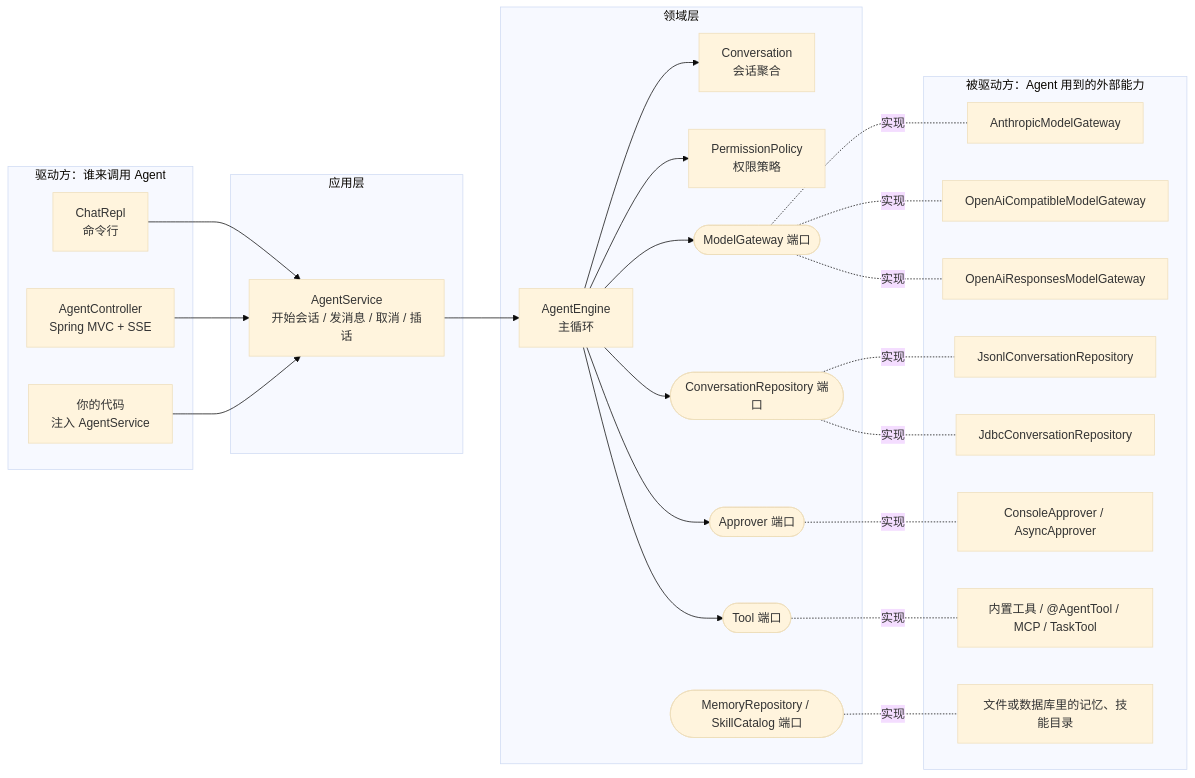
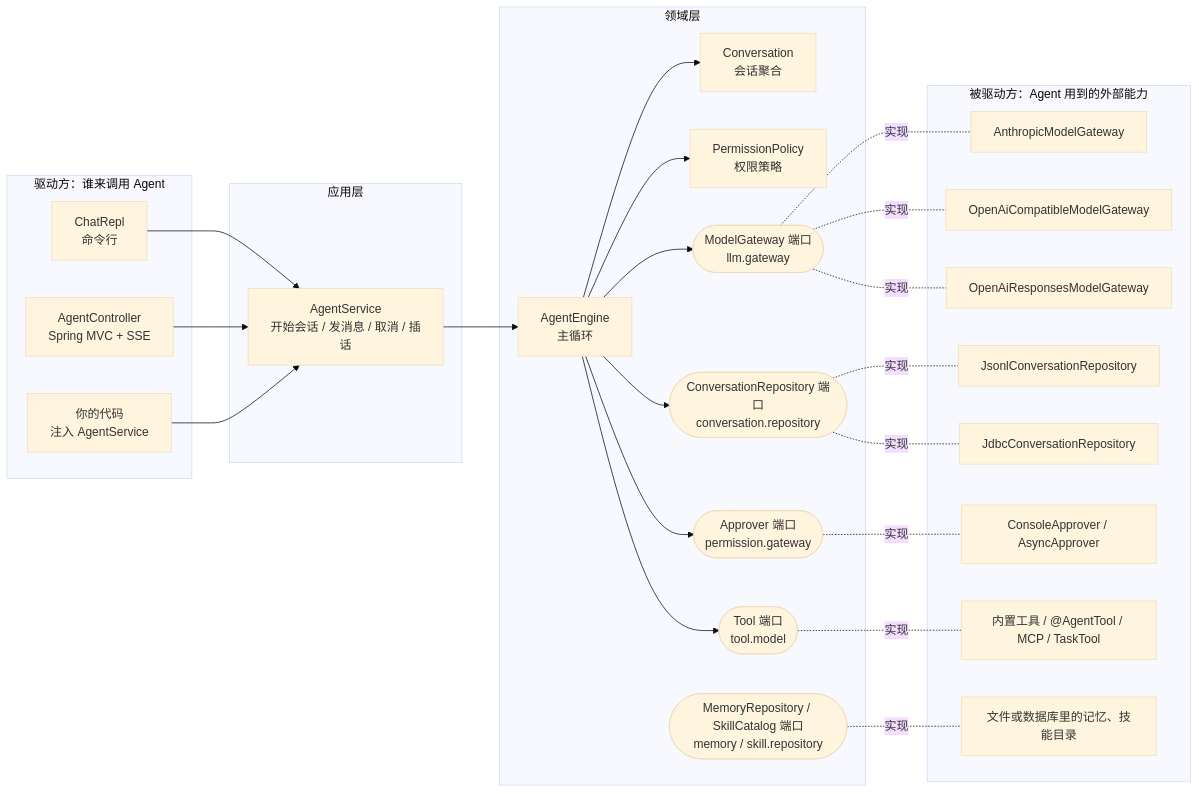
The second of 5 diagrams in docs/01-architecture.md (stackJx/agent-java), drawn with Mermaid (base theme) before and after one commit. The commit also changed other lines of this file and 243 other files, not shown here.

````diff
--- a/docs/01-architecture.md
+++ b/docs/01-architecture.md
@@ -41,53 +41,53 @@
 ```mermaid
 flowchart LR
     subgraph IN["驱动方：谁来调用 Agent"]
         CLI["ChatRepl<br/>命令行"]
         MVC["AgentController<br/>Spring MVC + SSE"]
         EMB["你的代码<br/>注入 AgentService"]
     end
 
     subgraph APP["应用层"]
         SVC["AgentService<br/>开始会话 / 发消息 / 取消 / 插话"]
     end
 
     subgraph DOMAIN["领域层"]
         ENGINE["AgentEngine<br/>主循环"]
         CONV["Conversation<br/>会话聚合"]
         POLICY["PermissionPolicy<br/>权限策略"]
-        P1(["ModelGateway 端口"])
-        P2(["ConversationRepository 端口"])
-        P3(["Approver 端口"])
-        P4(["Tool 端口"])
-        P5(["MemoryRepository / SkillCatalog 端口"])
+        P1(["ModelGateway 端口<br/>llm.gateway"])
+        P2(["ConversationRepository 端口<br/>conversation.repository"])
+        P3(["Approver 端口<br/>permission.gateway"])
+        P4(["Tool 端口<br/>tool.model"])
+        P5(["MemoryRepository / SkillCatalog 端口<br/>memory / skill.repository"])
     end
 
     subgraph OUT["被驱动方：Agent 用到的外部能力"]
         M1["AnthropicModelGateway"]
         M2["OpenAiCompatibleModelGateway"]
         M3["OpenAiResponsesModelGateway"]
         R1["JsonlConversationRepository"]
         R2["JdbcConversationRepository"]
         A1["ConsoleApprover / AsyncApprover"]
         T1["内置工具 / @AgentTool / MCP / TaskTool"]
         S1["文件或数据库里的记忆、技能目录"]
     end
 
     CLI --> SVC
     MVC --> SVC
     EMB --> SVC
     SVC --> ENGINE
     ENGINE --> CONV
     ENGINE --> POLICY
     ENGINE --> P1
     ENGINE --> P2
     ENGINE --> P3
     ENGINE --> P4
     P1 -.实现.- M1
     P1 -.实现.- M2
     P1 -.实现.- M3
     P2 -.实现.- R1
     P2 -.实现.- R2
     P3 -.实现.- A1
     P4 -.实现.- T1
     P5 -.实现.- S1
 ```
````
